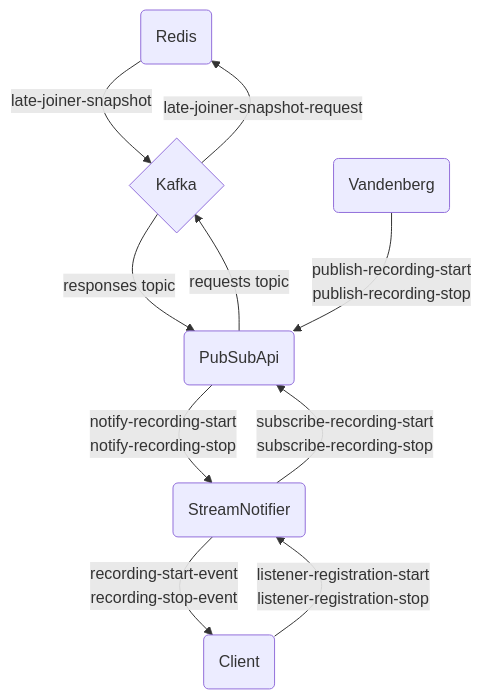
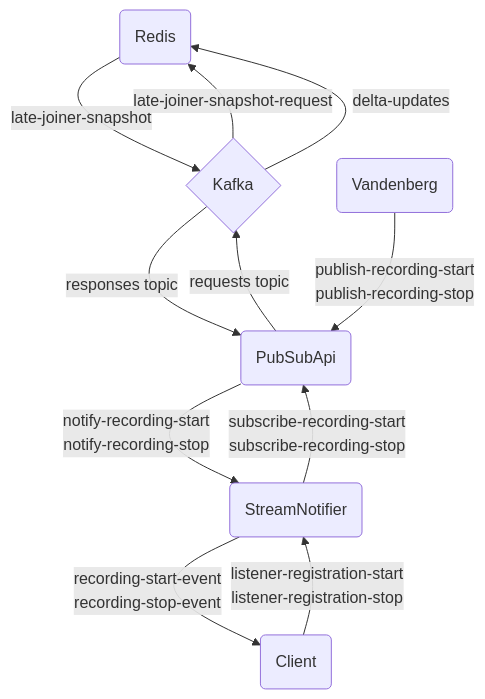
Before and after one commit to unicomp23/omni: the diagram in async.notifications.md, drawn with Mermaid.

Commit message:
mermaidjs

````diff
--- a/async.notifications.md
+++ b/async.notifications.md
@@ -3,12 +3,13 @@
 ```mermaid
 flowchart TD
     Redis_(Redis) -->|late-joiner-snapshot|Kafka_
     Kafka_ -->|late-joiner-snapshot-request|Redis_
+    Kafka_ -->|delta-updates|Redis_
     Kafka_{Kafka} -->|responses topic|PubSubApi_(PubSubApi)
     PubSubApi_ -->|requests topic|Kafka_
     Vandenberg_(Vandenberg) -->|publish-recording-start<br>publish-recording-stop| PubSubApi_
     PubSubApi_ -->|notify-recording-start<br>notify-recording-stop| StreamNotifier_(StreamNotifier)
     StreamNotifier_ -->|subscribe-recording-start<br>subscribe-recording-stop| PubSubApi_
     Client_(Client) -->|listener-registration-start<br>listener-registration-stop| StreamNotifier_
     StreamNotifier_ -->|recording-start-event<br>recording-stop-event| Client_
 ```
````
